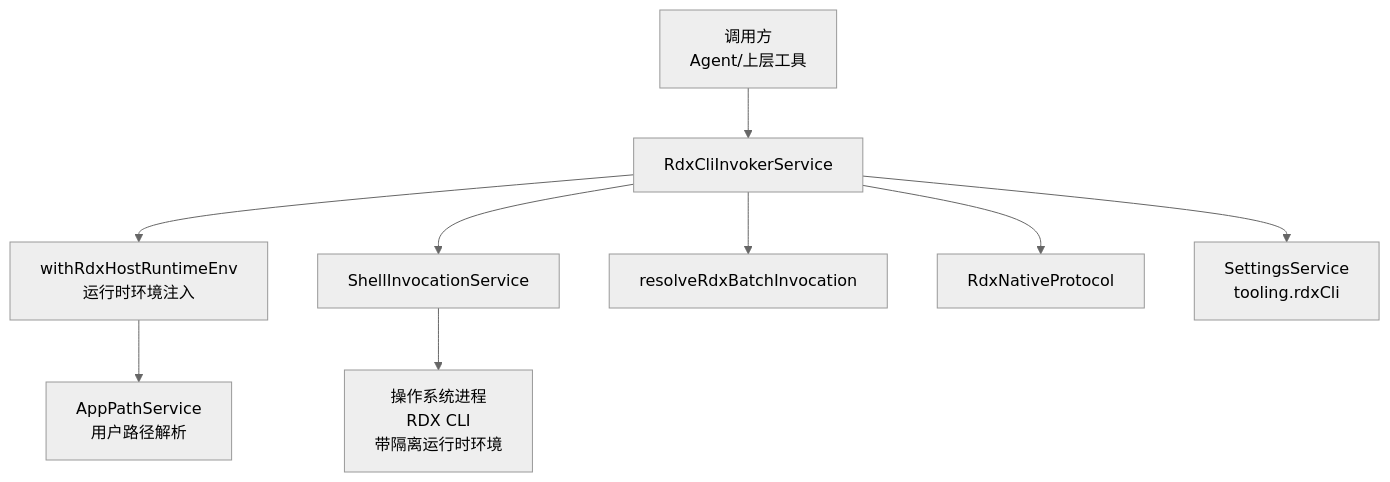
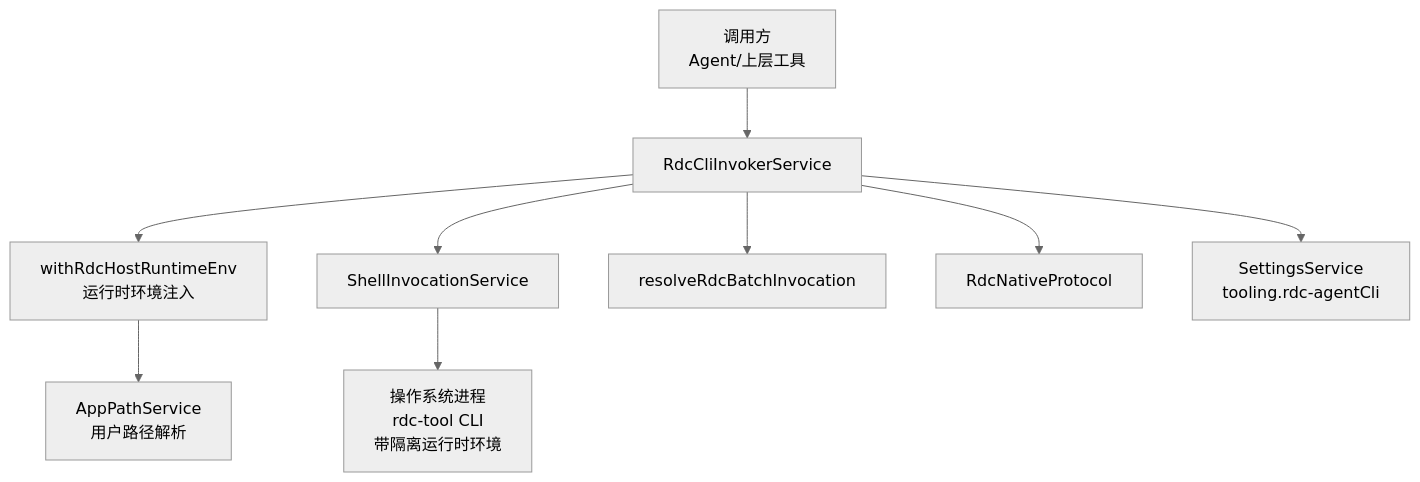
One commit to haolange/RDC-Agent changed the first of 3 diagrams in .qoder/repowiki/zh/content/架构设计/核心组件设计/CLI调用器设计/CLI调用器服务.md. Above: the diagram before and after it, drawn with Mermaid (neutral theme). The commit also changed other lines of this file and 557 other files, not shown here.

First line of the commit message:
Unify RDC-Agent identity and canonical RDC-Tool integration

````diff
--- a/.qoder/repowiki/zh/content/架构设计/核心组件设计/CLI调用器设计/CLI调用器服务.md
+++ b/.qoder/repowiki/zh/content/架构设计/核心组件设计/CLI调用器设计/CLI调用器服务.md
@@ -49,11 +49,11 @@
 ```mermaid
 graph TB
-A["调用方<br/>Agent/上层工具"] --> B["RdxCliInvokerService"]
-B --> C["withRdxHostRuntimeEnv<br/>运行时环境注入"]
+A["调用方<br/>Agent/上层工具"] --> B["RdcCliInvokerService"]
+B --> C["withRdcHostRuntimeEnv<br/>运行时环境注入"]
 C --> D["AppPathService<br/>用户路径解析"]
 B --> E["ShellInvocationService"]
-B --> F["resolveRdxBatchInvocation"]
-B --> G["RdxNativeProtocol"]
-B --> H["SettingsService<br/>tooling.rdxCli"]
-E --> I["操作系统进程<br/>RDX CLI<br/>带隔离运行时环境"]
+B --> F["resolveRdcBatchInvocation"]
+B --> G["RdcNativeProtocol"]
+B --> H["SettingsService<br/>tooling.rdc-agentCli"]
+E --> I["操作系统进程<br/>rdc-tool CLI<br/>带隔离运行时环境"]
 ```
````
